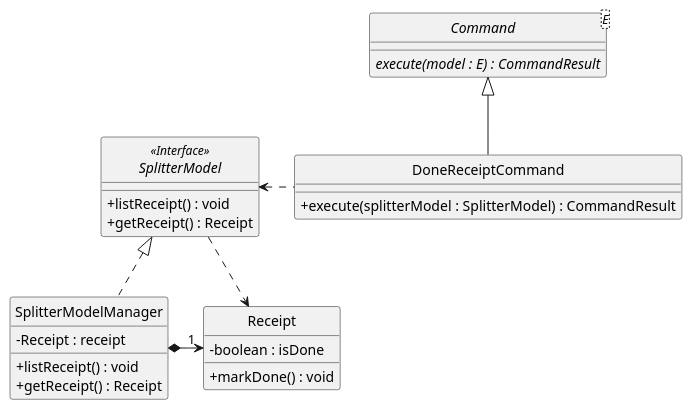
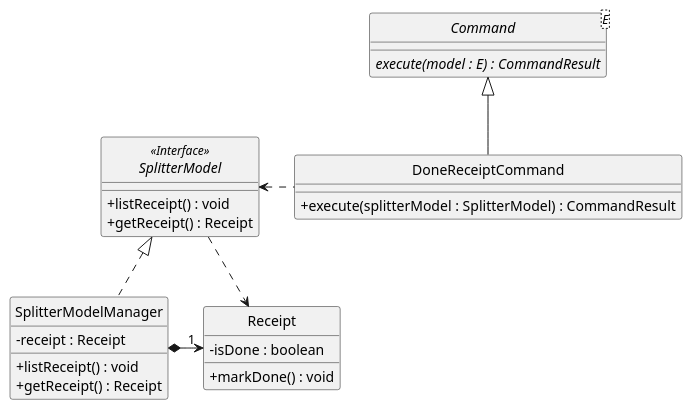
The diagram in docs/diagrams/ExpenseSplitterDoneReceiptCommandClassDiagram.puml (nus-cs2103-AY1920S2/addressbook-level3), drawn with PlantUML before and after one commit. The commit also changed 12 other files, not shown here.

```diff
--- a/docs/diagrams/ExpenseSplitterDoneReceiptCommandClassDiagram.puml
+++ b/docs/diagrams/ExpenseSplitterDoneReceiptCommandClassDiagram.puml
@@ -1,47 +1,47 @@
 @startuml
 /' @author @sheexiong'/
 /' Got inspiration and adapted
 from https://github.com/AY1920S2-CS2103T-W12-1/main/blob/master/docs/images/DeliveredClassDiagram.png '/
 
 skinparam backgroundColor #ffffff
 skinparam classAttributeIconSize 0
 hide circle
 
 
 abstract class Command<E> {
     {abstract} execute(model : E) : CommandResult
 }
 
 class DoneReceiptCommand extends Command {
     /' Methods '/
     + execute(splitterModel : SplitterModel) : CommandResult
 }
 
 interface SplitterModel <<Interface>> {
     + listReceipt() : void
     + getReceipt() : Receipt
 }
 
 class SplitterModelManager implements SplitterModel {
     /' Fields '/
-    - Receipt : receipt
+    - receipt : Receipt
 
     /' Methods '/
     + listReceipt() : void
     + getReceipt() : Receipt
 }
 
 class Receipt {
     /' Fields '/
-    - boolean : isDone
+    - isDone : boolean
 
     /' Methods '/
     + markDone() : void
 }
 
 
 DoneReceiptCommand .left.> SplitterModel
 SplitterModelManager *-right->"1" Receipt
 SplitterModel ..> Receipt
 
 @enduml
```
